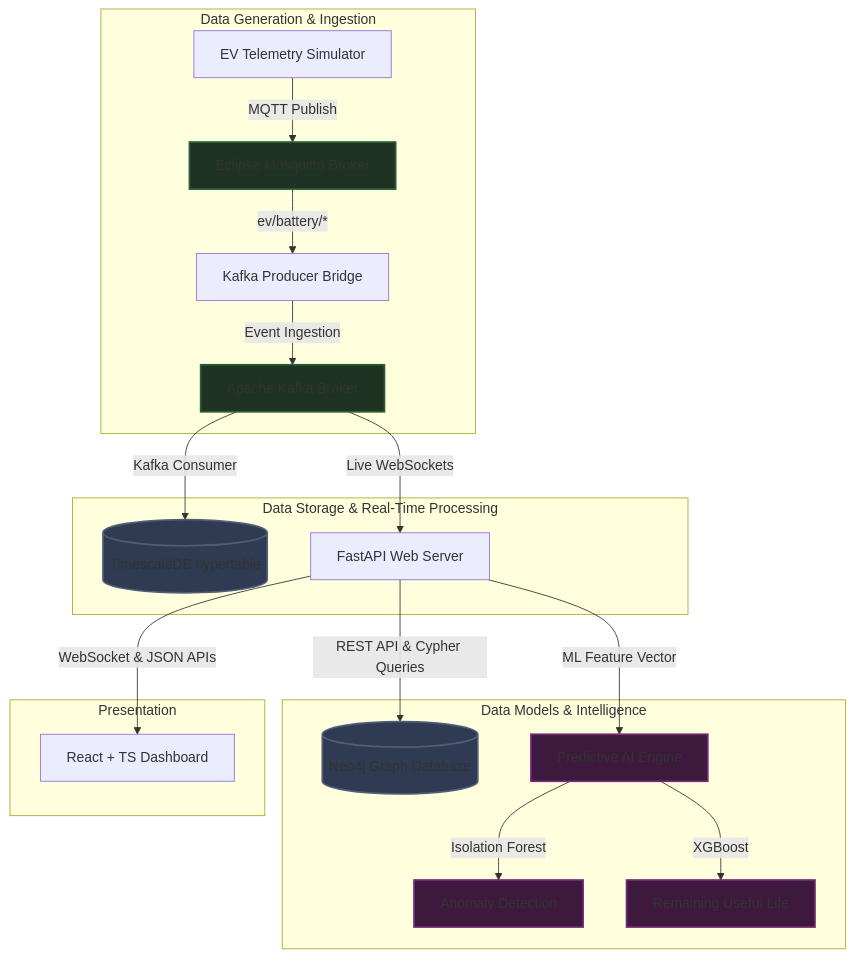
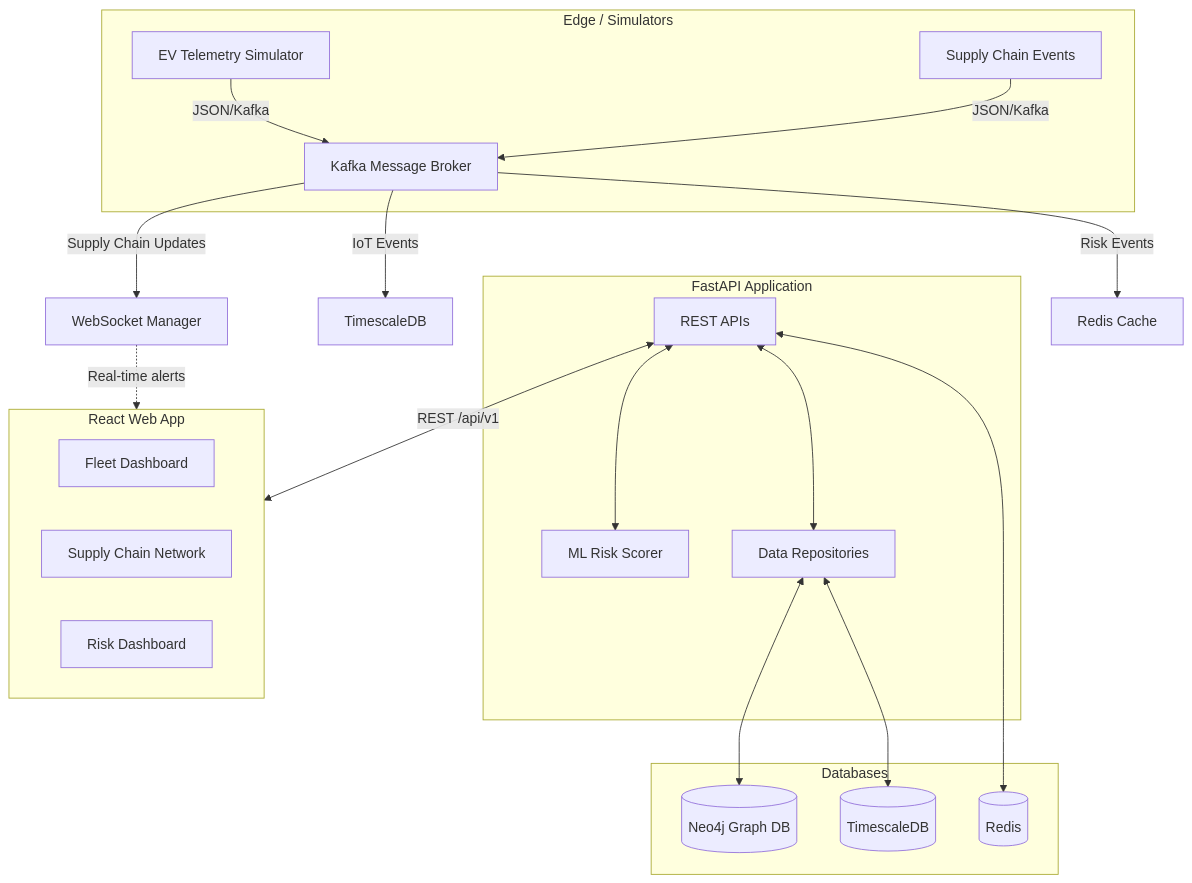
The first of 3 diagrams in README.md (dharani20dharan/industrial-ev-ai-platform), drawn with Mermaid before and after one commit. The commit also changed other lines of this file and 64 other files, not shown here.

Commit message:
Supply Chain and Carbon Intelligence full end-to-end workflow completed

````diff
--- a/README.md
+++ b/README.md
@@ -11,36 +13,45 @@
 ```mermaid
 graph TD
-    %% Telemetry Stream Ingestion
-    subgraph Data Generation & Ingestion
-        Sim[EV Telemetry Simulator] -->|MQTT Publish| Mosquitto[Eclipse Mosquitto Broker]
-        Mosquitto -->|ev/battery/*| KP[Kafka Producer Bridge]
-        KP -->|Event Ingestion| Kafka[Apache Kafka Broker]
+    %% External Inputs
+    subgraph Edge / Simulators
+        EV[EV Telemetry Simulator] -->|JSON/Kafka| K[Kafka Message Broker]
+        SC[Supply Chain Events] -->|JSON/Kafka| K
     end
 
-    %% Storage & Streaming Analytics
-    subgraph Data Storage & Real-Time Processing
-        Kafka -->|Kafka Consumer| TSDB[(TimescaleDB hypertable)]
-        Kafka -->|Live WebSockets| FastAPI[FastAPI Web Server]
+    %% Streaming & Broker
+    K -->|IoT Events| TS[TimescaleDB]
+    K -->|Supply Chain Updates| WS[WebSocket Manager]
+    K -->|Risk Events| Cache[Redis Cache]
+
+    %% Backend Services (FastAPI)
+    subgraph Backend [FastAPI Application]
+        API[REST APIs]
+        ML[ML Risk Scorer]
+        Repo[Data Repositories]
     end
 
-    %% Databases & Models
-    subgraph Data Models & Intelligence
-        FastAPI -->|REST API & Cypher Queries| Neo4j[(Neo4j Graph Database)]
-        FastAPI -->|ML Feature Vector| ML[Predictive AI Engine]
-        ML -->|Isolation Forest| Anom[Anomaly Detection]
-        ML -->|XGBoost| RUL[Remaining Useful Life]
+    %% Databases
+    subgraph Databases
+        Neo4j[(Neo4j Graph DB)]
+        TS_DB[(TimescaleDB)]
+        Redis[(Redis)]
     end
 
-    %% Presentation Layer
-    subgraph Presentation
-        FastAPI -->|WebSocket & JSON APIs| React[React + TS Dashboard]
+    %% Connections
+    API <--> ML
+    API <--> Repo
+    Repo <--> Neo4j
+    Repo <--> TS_DB
+    API <--> Redis
+
+    %% Frontend
+    subgraph Frontend [React Web App]
+        Dash[Fleet Dashboard]
+        Graph[Supply Chain Network]
+        Risk[Risk Dashboard]
     end
 
-    classDef db fill:#2f3b52,stroke:#4f5d75,stroke-width:2px;
-    classDef broker fill:#1f3322,stroke:#2a5c37,stroke-width:2px;
-    classDef engine fill:#3d1a3d,stroke:#732973,stroke-width:2px;
-    class TSDB,Neo4j db;
-    class Mosquitto,Kafka broker;
-    class ML,Anom,RUL engine;
-
+    %% Client Interactions
+    API <-->|REST /api/v1| Frontend
+    WS -.->|Real-time alerts| Frontend
 ```
````
